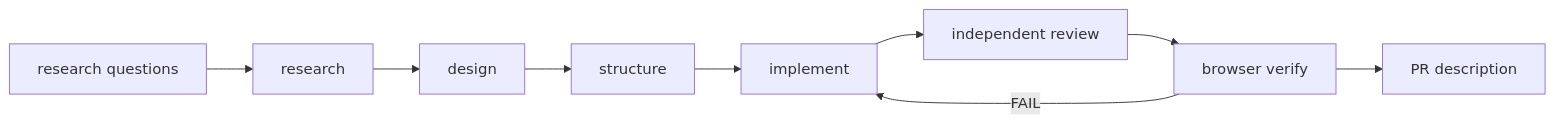
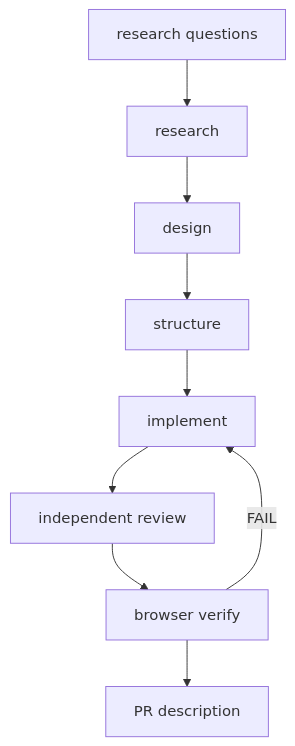
One commit to przytrzask/portfolio changed the diagram in case-studies/ai-sdlc-rollout.md. Above: the diagram before and after it, drawn with Mermaid. The commit also changed 32 other files, not shown here.

First line of the commit message:
Add audit-ready metadata, agent-readable files, a real 404 and build-time diagrams

````diff
--- a/case-studies/ai-sdlc-rollout.md
+++ b/case-studies/ai-sdlc-rollout.md
@@ -37,5 +37,7 @@
 ```mermaid
-flowchart LR
+flowchart TD
+  accTitle: Gated AI SDLC workflow
+  accDescr: Eight stages run from research questions to the PR description, each behind a human approval. A failed browser verification goes back to implementation.
   Q[research questions] --> RS[research] --> D[design] --> S[structure] --> I[implement] --> RV[independent review] --> V[browser verify] --> P[PR description]
   V -- FAIL --> I
 ```
````
